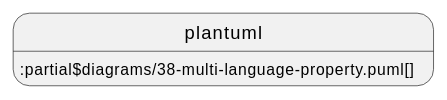
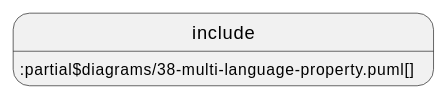
One commit to acplt/aas-specs changed diagram 11 of 18 in documentation/IDTA-01001/modules/ROOT/pages/spec-metamodel/submodel-elements.adoc. Above: the diagram before and after it, drawn with PlantUML. The commit also changed other lines of this file and 14 other files, not shown here.

First line of the commit message:
Revert "Use plantuml instead of include and test ./"

```diff
--- a/documentation/IDTA-01001/modules/ROOT/pages/spec-metamodel/submodel-elements.adoc
+++ b/documentation/IDTA-01001/modules/ROOT/pages/spec-metamodel/submodel-elements.adoc
@@ -520,4 +520,4 @@
 [plantuml, 38-multi-language-property, svg]
 ....
-plantuml::partial$diagrams/38-multi-language-property.puml[]
+include::partial$diagrams/38-multi-language-property.puml[]
 ....
```
